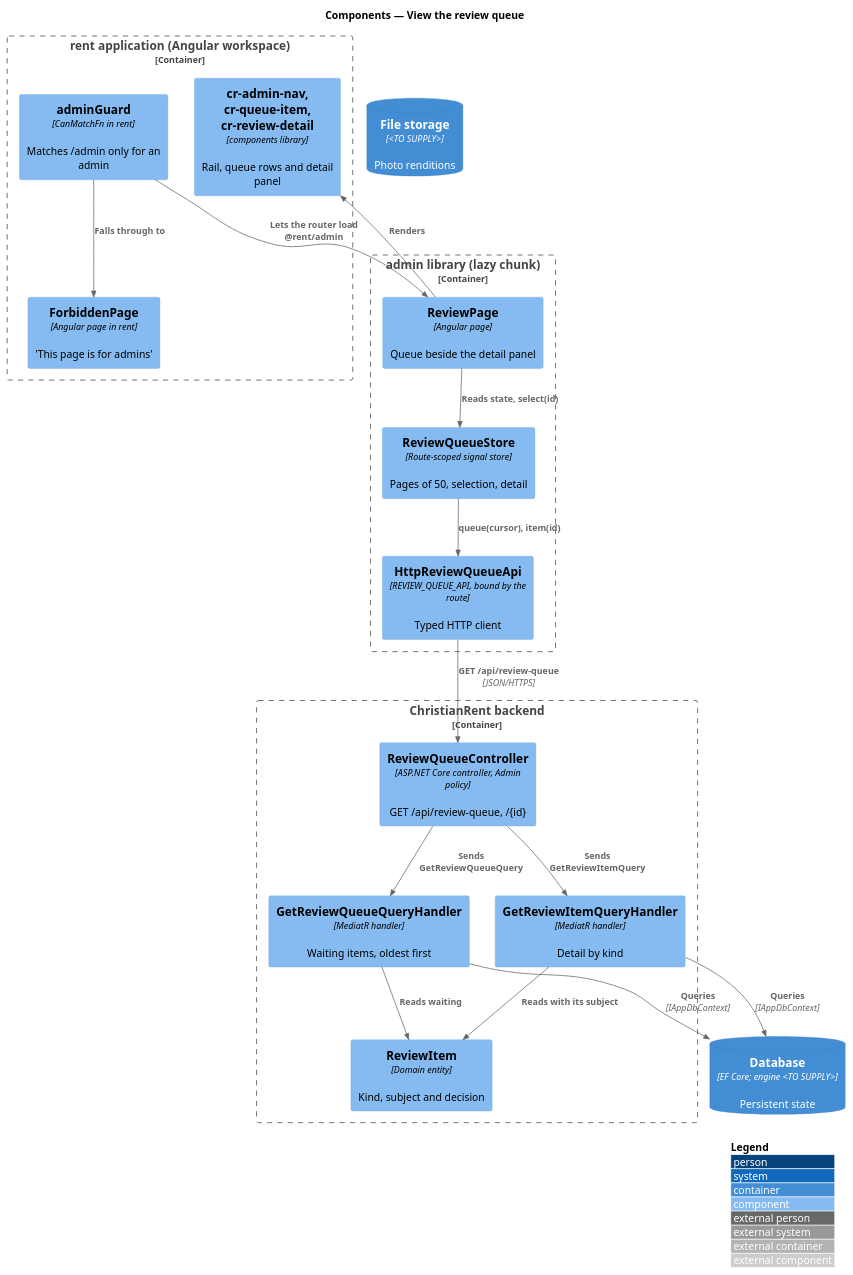
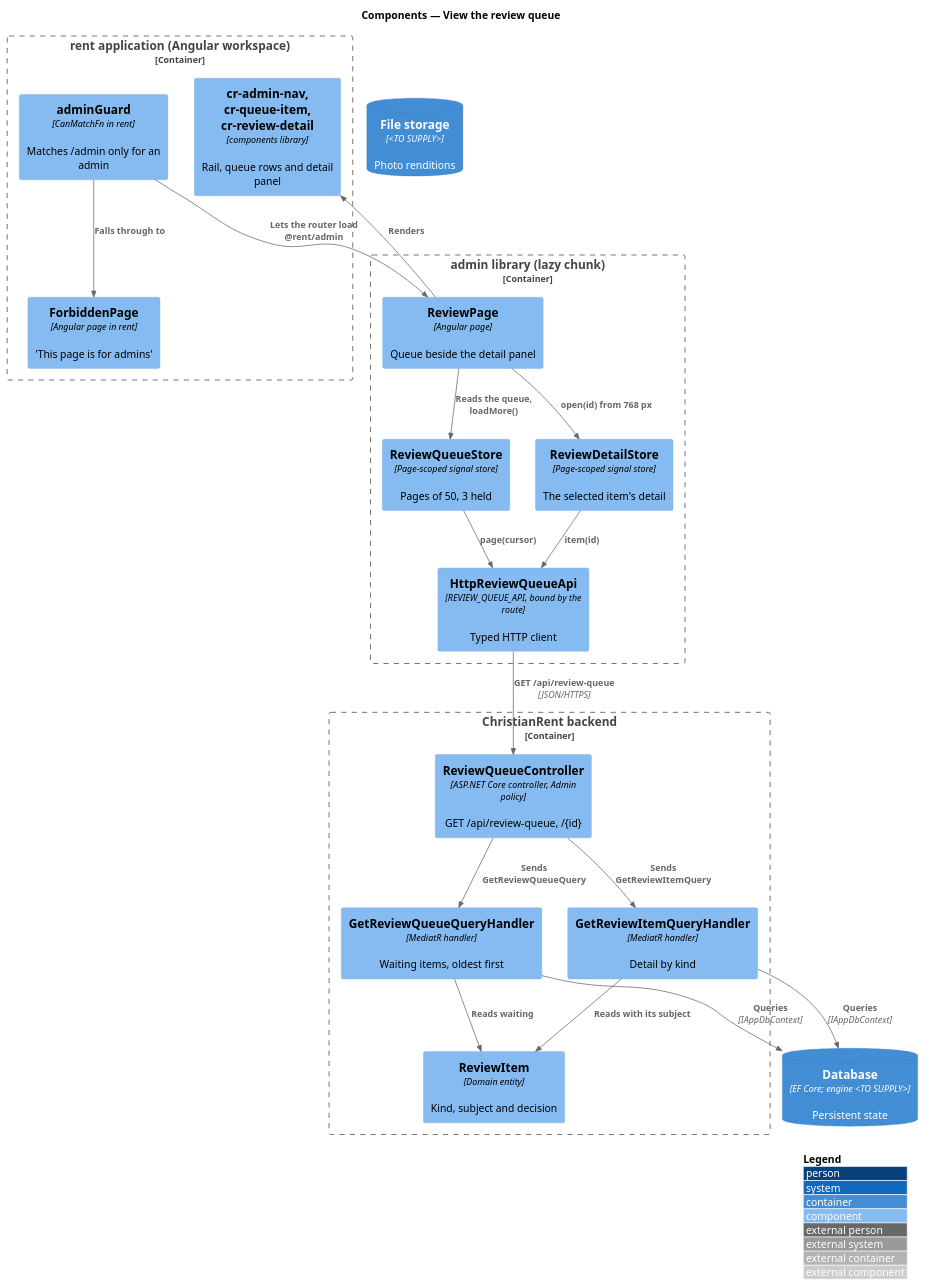
The diagram in docs/detailed-designs/review/view-review-queue/diagrams/c4-component.puml (QuinntyneBrown/christian-rent), drawn with PlantUML before and after one commit. The commit also changed 19 other files, not shown here.

```diff
--- a/docs/detailed-designs/review/view-review-queue/diagrams/c4-component.puml
+++ b/docs/detailed-designs/review/view-review-queue/diagrams/c4-component.puml
@@ -1,36 +1,39 @@
 @startuml
 !include <C4/C4_Component>
 LAYOUT_WITH_LEGEND()
 title Components — View the review queue
 
 Container_Boundary(spa, "rent application (Angular workspace)") {
   Component(guard, "adminGuard", "CanMatchFn in rent", "Matches /admin only for an admin")
   Component(forbid, "ForbiddenPage", "Angular page in rent", "'This page is for admins'")
   Component(ui, "cr-admin-nav, cr-queue-item, cr-review-detail", "components library", "Rail, queue rows and detail panel")
 }
 Container_Boundary(admlib, "admin library (lazy chunk)") {
   Component(page, "ReviewPage", "Angular page", "Queue beside the detail panel")
-  Component(store, "ReviewQueueStore", "Route-scoped signal store", "Pages of 50, selection, detail")
+  Component(store, "ReviewQueueStore", "Page-scoped signal store", "Pages of 50, 3 held")
+  Component(dstore, "ReviewDetailStore", "Page-scoped signal store", "The selected item's detail")
   Component(client, "HttpReviewQueueApi", "REVIEW_QUEUE_API, bound by the route", "Typed HTTP client")
 }
 Container_Boundary(api, "ChristianRent backend") {
   Component(ctrl, "ReviewQueueController", "ASP.NET Core controller, Admin policy", "GET /api/review-queue, /{id}")
   Component(list, "GetReviewQueueQueryHandler", "MediatR handler", "Waiting items, oldest first")
   Component(det, "GetReviewItemQueryHandler", "MediatR handler", "Detail by kind")
   Component(item, "ReviewItem", "Domain entity", "Kind, subject and decision")
 }
 ContainerDb(db, "Database", "EF Core; engine <TO SUPPLY>", "Persistent state")
 ContainerDb(files, "File storage", "<TO SUPPLY>", "Photo renditions")
 Rel(guard, page, "Lets the router load @rent/admin")
 Rel(guard, forbid, "Falls through to")
-Rel(page, store, "Reads state, select(id)")
+Rel(page, store, "Reads the queue, loadMore()")
+Rel(page, dstore, "open(id) from 768 px")
 Rel(page, ui, "Renders")
-Rel(store, client, "queue(cursor), item(id)")
+Rel(store, client, "page(cursor)")
+Rel(dstore, client, "item(id)")
 Rel(client, ctrl, "GET /api/review-queue", "JSON/HTTPS")
 Rel(ctrl, list, "Sends GetReviewQueueQuery")
 Rel(ctrl, det, "Sends GetReviewItemQuery")
 Rel(list, item, "Reads waiting")
 Rel(det, item, "Reads with its subject")
 Rel(list, db, "Queries", "IAppDbContext")
 Rel(det, db, "Queries", "IAppDbContext")
 @enduml
```
